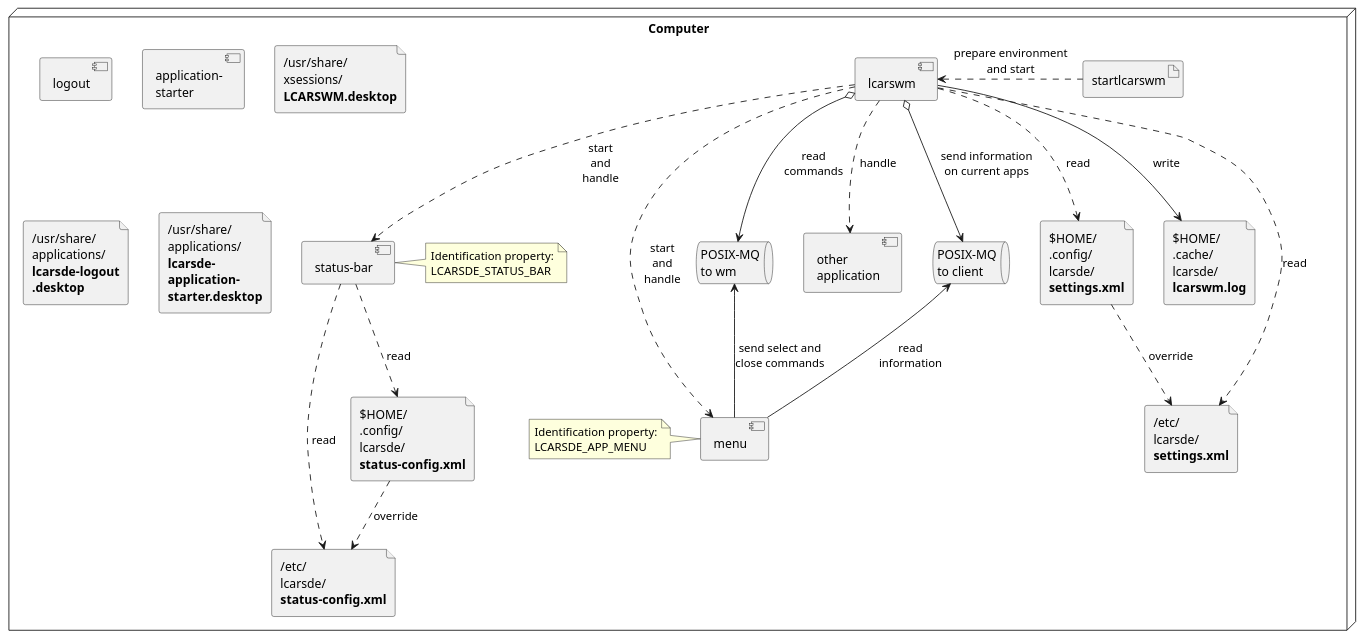
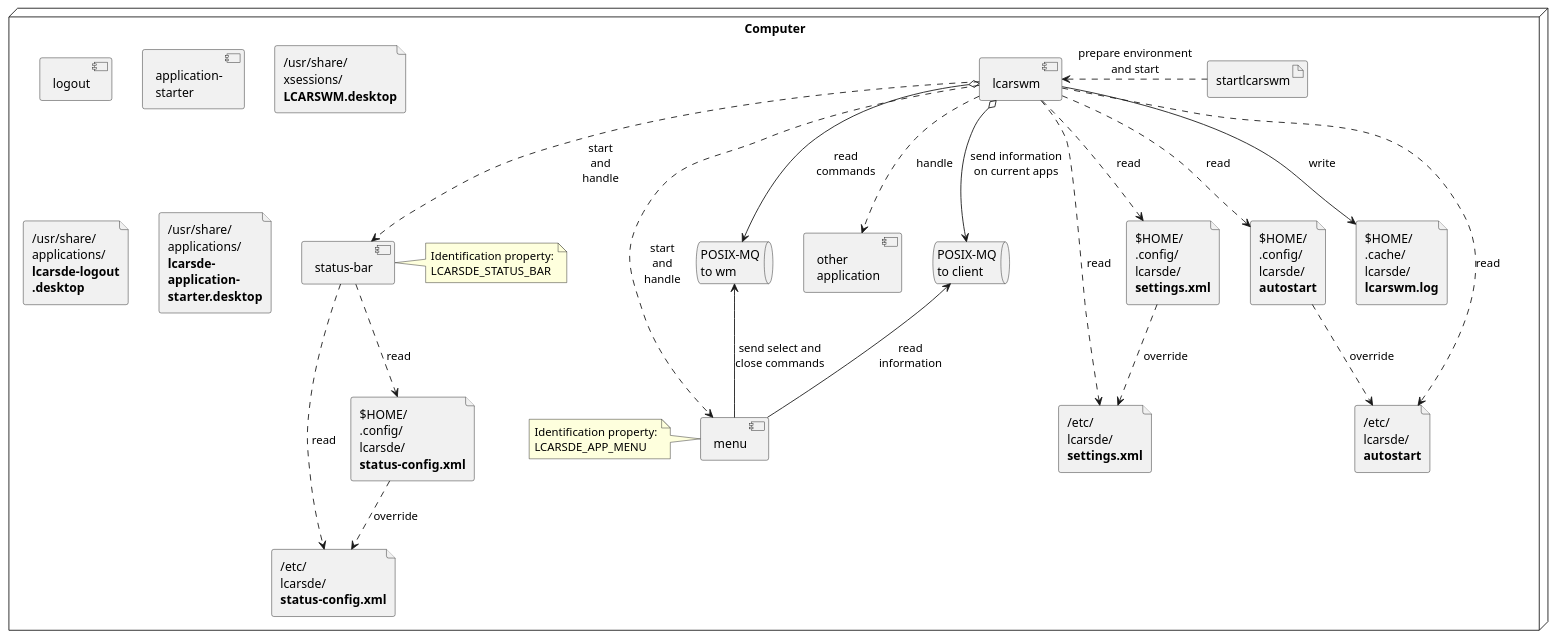
Before and after one commit to lcarsde/lcarsde: the diagram in diagrams/deployment.puml, drawn with PlantUML.

Commit message:
docs: add autostart file to deployment diagram

```diff
--- a/diagrams/deployment.puml
+++ b/diagrams/deployment.puml
@@ -1,59 +1,64 @@
 @startuml
 
 skinparam ComponentStyle uml2
 
 Node Computer {
     artifact startlcarswm
     component lcarswm
     component "status-bar" as status
     component menu
     component "other\napplication" as app
     component logout
     component "application-\nstarter" as appstarter
     
     file "/etc/\nlcarsde/\n<b>settings.xml</b>" as settings
     file "/etc/\nlcarsde/\n<b>status-config.xml</b>" as statusconf
+    file "/etc/\nlcarsde/\n<b>autostart</b>" as autostart
     file "$HOME/\n.config/\nlcarsde/\n<b>settings.xml</b>" as userSettings
     file "$HOME/\n.config/\nlcarsde/\n<b>status-config.xml</b>" as userStatusconf
+    file "$HOME/\n.config/\nlcarsde/\n<b>autostart</b>" as userAutostart
     file "$HOME/\n.cache/\nlcarsde/\n<b>lcarswm.log</b>" as log
     file "/usr/share/\nxsessions/\n<b>LCARSWM.desktop</b>" as lcarswmDesktop
     file "/usr/share/\napplications/\n<b>lcarsde-logout\n<b>.desktop" as logoutDesktop
     file "/usr/share/\napplications/\n<b>lcarsde-\n<b>application-\n<b>starter.desktop" as appStarterDesktop
 
     queue "POSIX-MQ\nto client" as wm2cli
     queue "POSIX-MQ\nto wm" as cli2wm
 
     note left of menu
     Identification property:
     LCARSDE_APP_MENU
     end note
 
     note right of status
     Identification property:
     LCARSDE_STATUS_BAR
     end note
 }
 
 startlcarswm .left.> lcarswm : prepare environment\nand start
 
 lcarswm ..> app : handle
 lcarswm ..> status : start\nand\nhandle
 lcarswm ..> menu : start\nand\nhandle
 
 lcarswm o--> wm2cli : send information\non current apps
 menu -up-> wm2cli : read\ninformation
 
 menu -up-> cli2wm : send select and\nclose commands
 lcarswm o--> cli2wm : read\ncommands
 
 lcarswm ..> settings : read
 lcarswm ..> userSettings : read
+lcarswm ..> autostart : read
+lcarswm ..> userAutostart : read
 lcarswm --> log : write
 
 status ..> statusconf : read
 status ..> userStatusconf : read
 
 userSettings ..> settings : override
 userStatusconf ..> statusconf : override
+userAutostart ..> autostart : override
 
 @enduml
```
